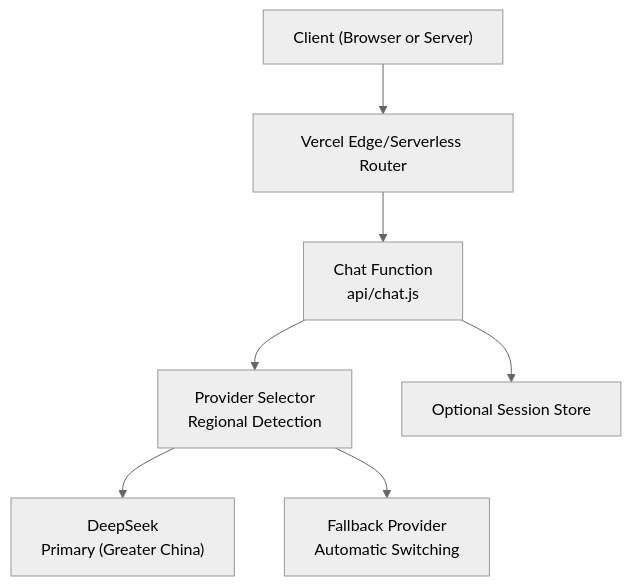
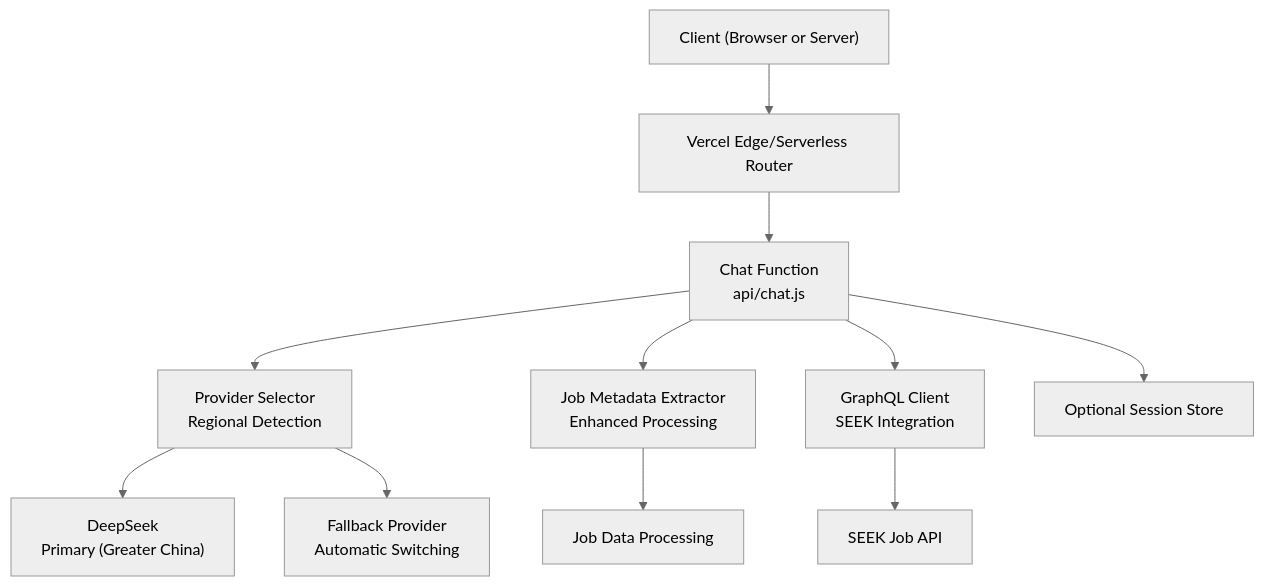
One commit to zmyeo54/briefroom changed the first of 8 diagrams in .qoder/repowiki/en/content/API Reference/Chat API.md. Above: the diagram before and after it, drawn with Mermaid (neutral theme). The commit also changed other lines of this file and 16 other files, not shown here.

First line of the commit message:
feat(api): enhance job metadata integration and error handling

````diff
--- a/.qoder/repowiki/en/content/API Reference/Chat API.md
+++ b/.qoder/repowiki/en/content/API Reference/Chat API.md
@@ -41,9 +45,13 @@
 ```mermaid
 graph TB
 Client["Client (Browser or Server)"] --> Vercel["Vercel Edge/Serverless Router"]
 Vercel --> ChatFn["Chat Function<br/>api/chat.js"]
 ChatFn --> ProviderSelector["Provider Selector<br/>Regional Detection"]
+ChatFn --> JobMeta["Job Metadata Extractor<br/>Enhanced Processing"]
+ChatFn --> GraphQL["GraphQL Client<br/>SEEK Integration"]
 ProviderSelector --> DeepSeek["DeepSeek<br/>Primary (Greater China)"]
 ProviderSelector --> Fallback["Fallback Provider<br/>Automatic Switching"]
+JobMeta --> JobData["Job Data Processing"]
+GraphQL --> SeekAPI["SEEK Job API"]
 ChatFn --> Storage["Optional Session Store"]
 ```
````
